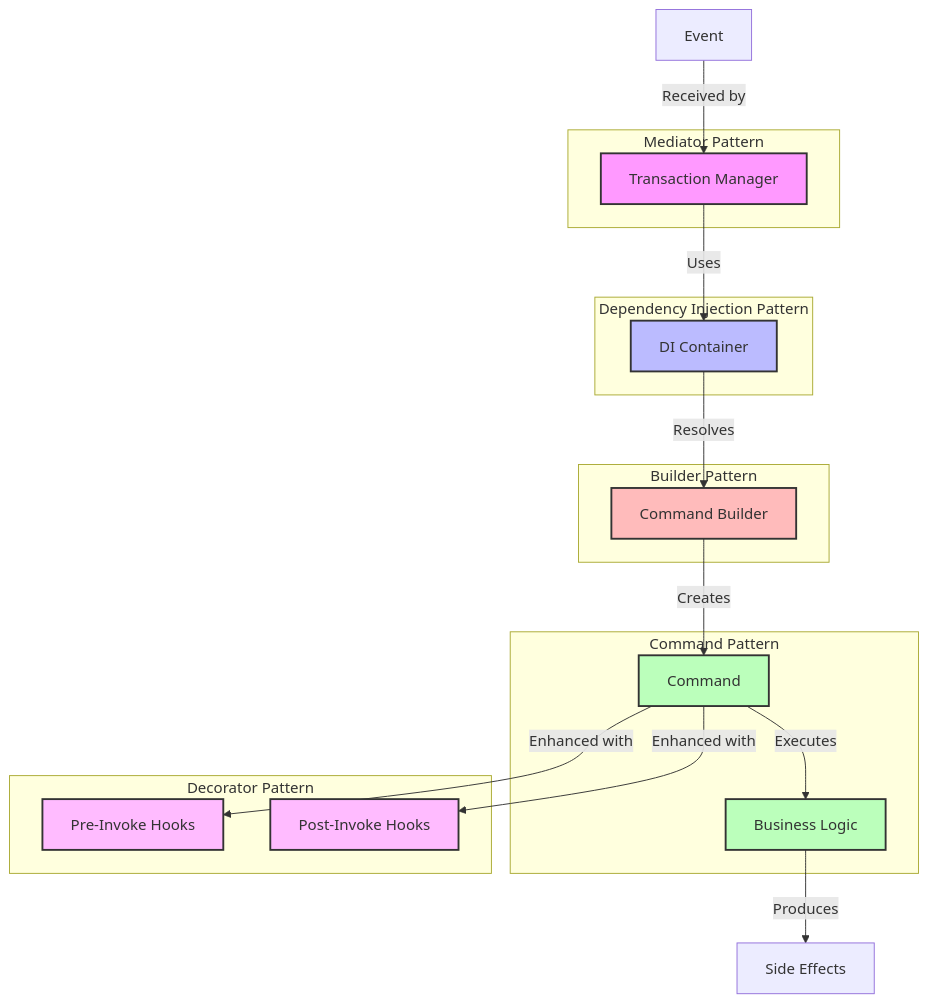
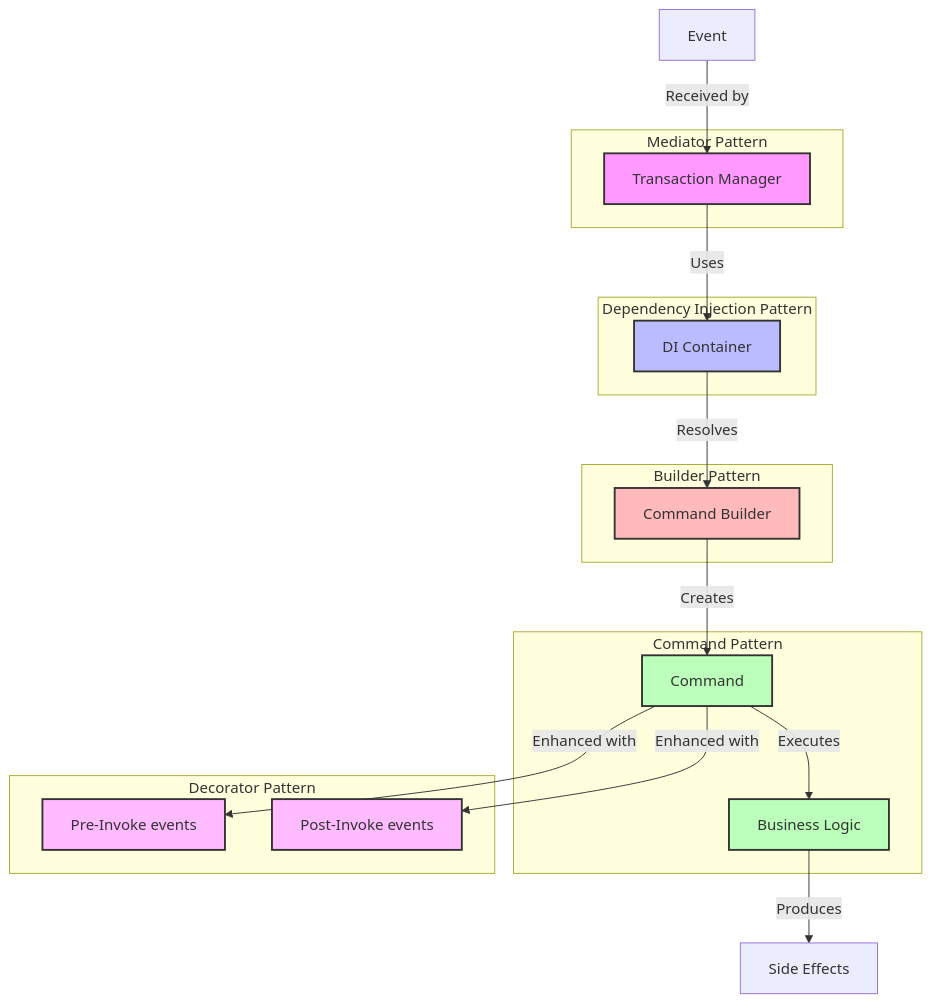
Before and after one commit to delorenj/di-rally: the fourth of 4 diagrams in README.md, drawn with Mermaid. The commit also changed other lines of this file, not shown here.

````diff
--- a/README.md
+++ b/README.md
@@ -172,45 +190,45 @@
 ```mermaid
 graph TD
     A[Event] -->|Received by| B[Transaction Manager]
     B -->|Uses| C[DI Container]
     C -->|Resolves| D[Command Builder]
     D -->|Creates| E[Command]
-    E -->|Enhanced with| F[Pre-Invoke Hooks]
-    E -->|Enhanced with| G[Post-Invoke Hooks]
+    E -->|Enhanced with| F[Pre-Invoke events]
+    E -->|Enhanced with| G[Post-Invoke events]
     E -->|Executes| H[Business Logic]
     H -->|Produces| I[Side Effects]
     
     subgraph "Mediator Pattern"
         B
     end
     
     subgraph "Dependency Injection Pattern"
         C
     end
     
     subgraph "Builder Pattern"
         D
     end
     
     subgraph "Command Pattern"
         E
         H
     end
     
     subgraph "Decorator Pattern"
         F
         G
     end
     
     classDef mediator fill:#f9f,stroke:#333,stroke-width:2px;
     classDef di fill:#bbf,stroke:#333,stroke-width:2px;
     classDef builder fill:#fbb,stroke:#333,stroke-width:2px;
     classDef command fill:#bfb,stroke:#333,stroke-width:2px;
     classDef decorator fill:#fbf,stroke:#333,stroke-width:2px;
     
     class B mediator;
     class C di;
     class D builder;
     class E,H command;
     class F,G decorator;
 ```
````
